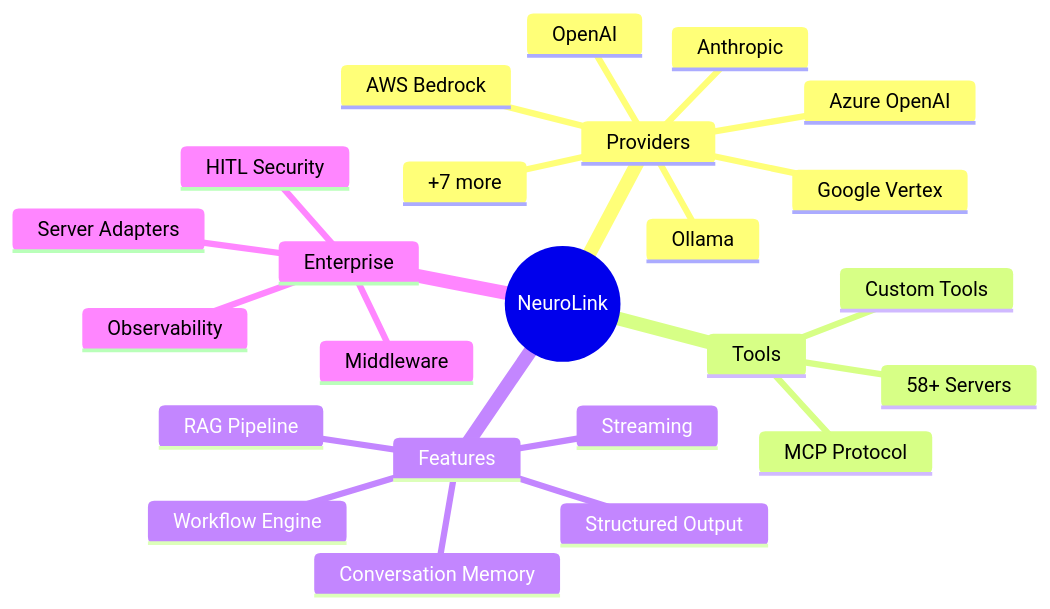
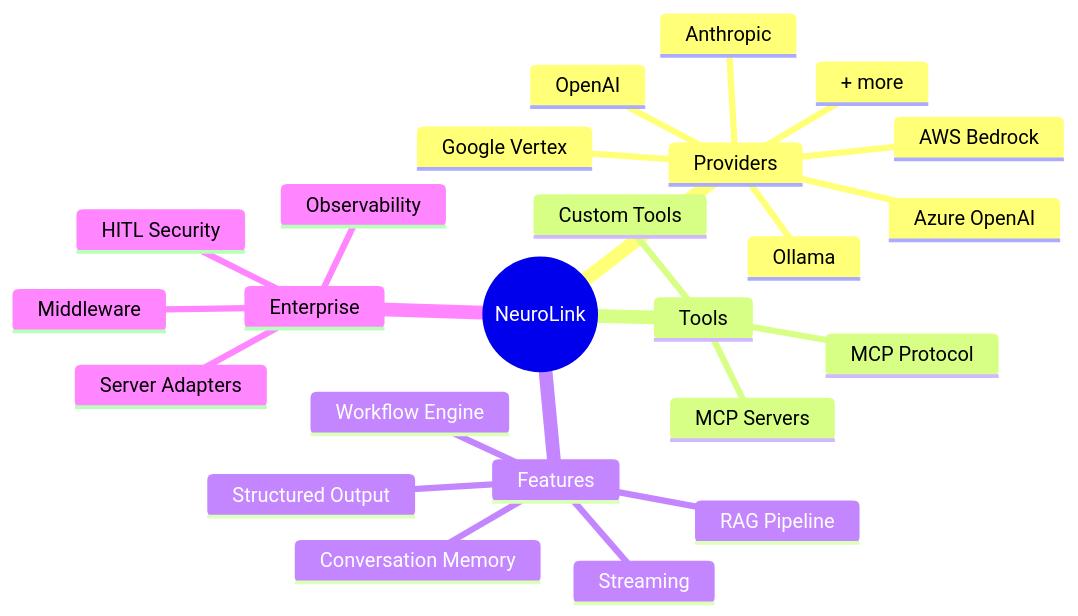
One commit to juspay/neurolink-blog changed the third of 3 diagrams in _posts/2025-06-06-what-is-neurolink-unified-sdk.md. Above: the diagram before and after it, drawn with Mermaid. The commit also changed other lines of this file and 172 other files, not shown here.

````diff
--- a/_posts/2025-06-06-what-is-neurolink-unified-sdk.md
+++ b/_posts/2025-06-06-what-is-neurolink-unified-sdk.md
@@ -463,27 +467,27 @@
 ```mermaid
 mindmap
   root((NeuroLink))
     Providers
       OpenAI
       Anthropic
       Google Vertex
       AWS Bedrock
       Azure OpenAI
       Ollama
-      +7 more
+      + more
     Tools
       MCP Protocol
-      58+ Servers
+      MCP Servers
       Custom Tools
     Features
       Streaming
       Structured Output
       RAG Pipeline
       Conversation Memory
       Workflow Engine
     Enterprise
       HITL Security
       Observability
       Server Adapters
       Middleware
 ```
````
